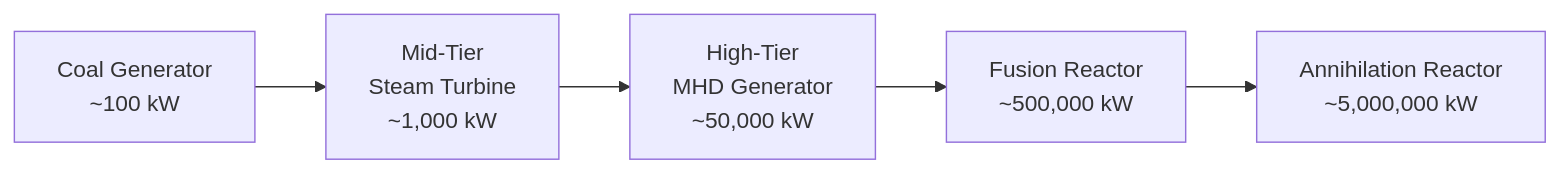
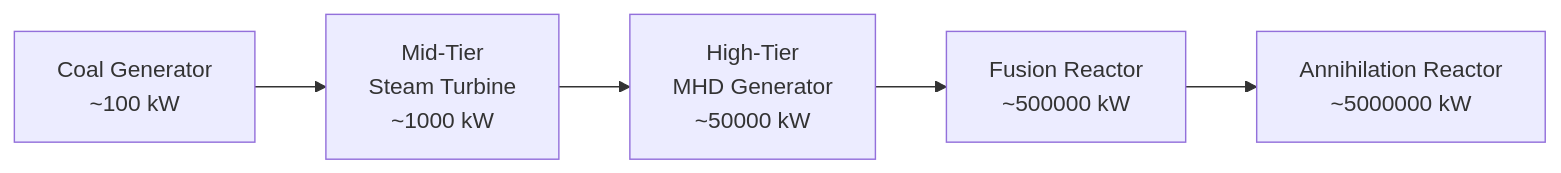
Diagram 22 of 28 in WIKI.md (pourgb/root.works), drawn with Mermaid before and after one commit. The commit also changed other lines of this file, not shown here.

Commit message:
FUCK MERMAID, FUCK THE GUY WHO INVENTED MERMAID BULLSHIT

````diff
--- a/WIKI.md
+++ b/WIKI.md
@@ -762,7 +762,7 @@
 ```mermaid
 graph LR
-    CoalGen["Coal Generator<br/>~100 kW"] --> Mid["Mid-Tier<br/>Steam Turbine<br/>~1,000 kW"]
-    Mid --> High["High-Tier<br/>MHD Generator<br/>~50,000 kW"]
-    High --> Fusion["Fusion Reactor<br/>~500,000 kW"]
-    Fusion --> Annihilation["Annihilation Reactor<br/>~5,000,000 kW"]
+    CoalGen["Coal Generator<br/>~100 kW"] --> Mid["Mid-Tier<br/>Steam Turbine<br/>~1000 kW"]
+    Mid --> High["High-Tier<br/>MHD Generator<br/>~50000 kW"]
+    High --> Fusion["Fusion Reactor<br/>~500000 kW"]
+    Fusion --> Annihilation["Annihilation Reactor<br/>~5000000 kW"]
 ```
````
